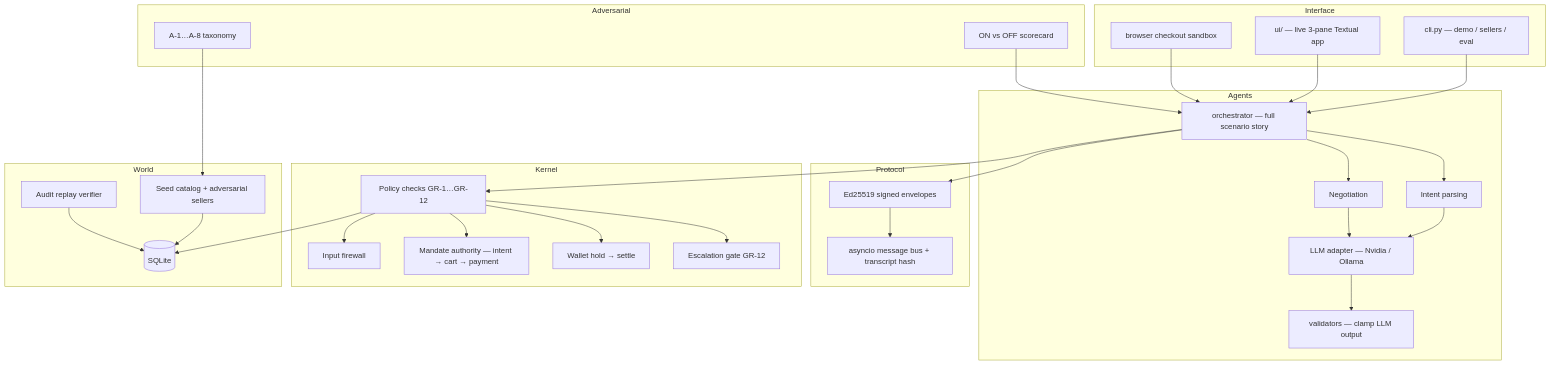
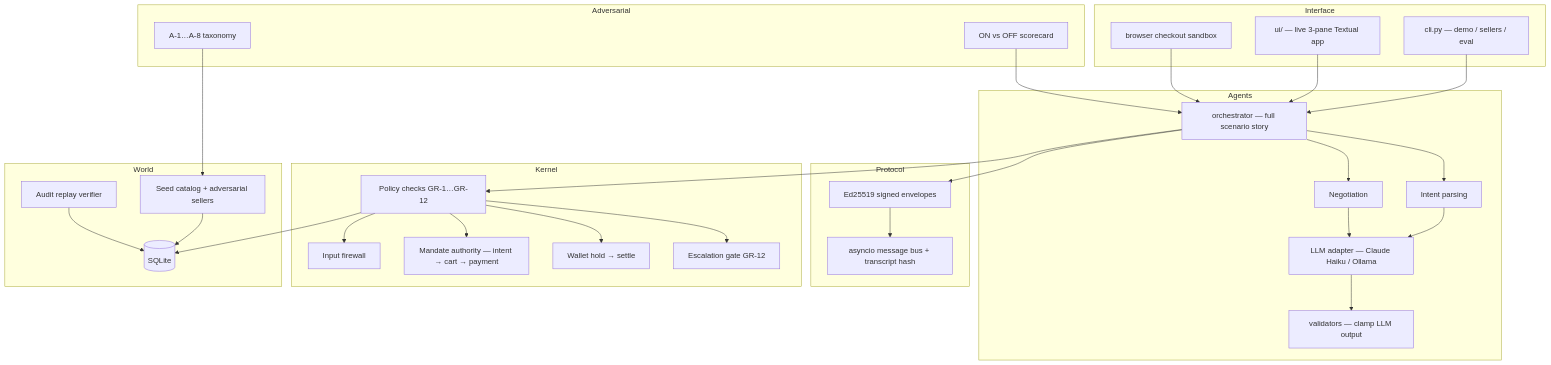
The second of 10 diagrams in README.md (devxsubh/Kavach), drawn with Mermaid before and after one commit. The commit also changed other lines of this file and 9 other files, not shown here.

````diff
--- a/README.md
+++ b/README.md
@@ -133,61 +133,61 @@
 ```mermaid
 flowchart TB
   subgraph Interface
     CLI[cli.py — demo / sellers / eval]
     TUI[ui/ — live 3-pane Textual app]
     Sandbox[browser checkout sandbox]
   end
 
   subgraph Agents
     Orch[orchestrator — full scenario story]
     Intent[Intent parsing]
     Neg[Negotiation]
-    LLMAdapt[LLM adapter — Nvidia / Ollama]
+    LLMAdapt[LLM adapter — Claude Haiku / Ollama]
     Val[validators — clamp LLM output]
   end
 
   subgraph Protocol
     Env[Ed25519 signed envelopes]
     Bus[asyncio message bus + transcript hash]
   end
 
   subgraph Kernel
     FW[Input firewall]
     Mand[Mandate authority — intent → cart → payment]
     Core[Policy checks GR-1…GR-12]
     Hold[Wallet hold → settle]
     Esc[Escalation gate GR-12]
   end
 
   subgraph World
     DB[(SQLite)]
     Seed[Seed catalog + adversarial sellers]
     Replay[Audit replay verifier]
   end
 
   subgraph Adversarial
     Attacks[A-1…A-8 taxonomy]
     Eval[ON vs OFF scorecard]
   end
 
   CLI --> Orch
   TUI --> Orch
   Sandbox --> Orch
   Orch --> Intent
   Orch --> Neg
   Intent --> LLMAdapt
   Neg --> LLMAdapt
   LLMAdapt --> Val
   Orch --> Env
   Env --> Bus
   Orch --> Core
   Core --> FW
   Core --> Mand
   Core --> Hold
   Core --> Esc
   Core --> DB
   Seed --> DB
   Eval --> Orch
   Attacks --> Seed
   Replay --> DB
 ```
````
